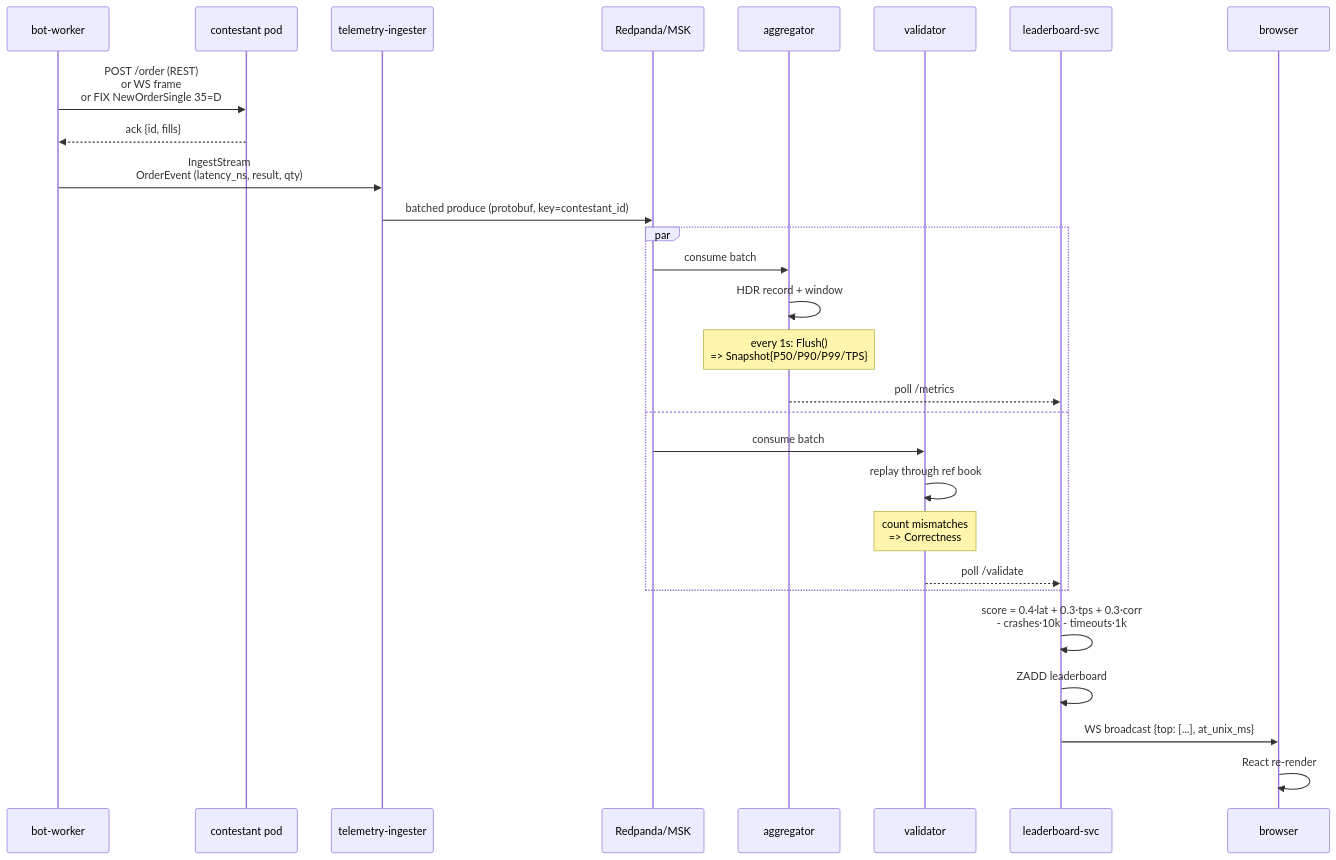
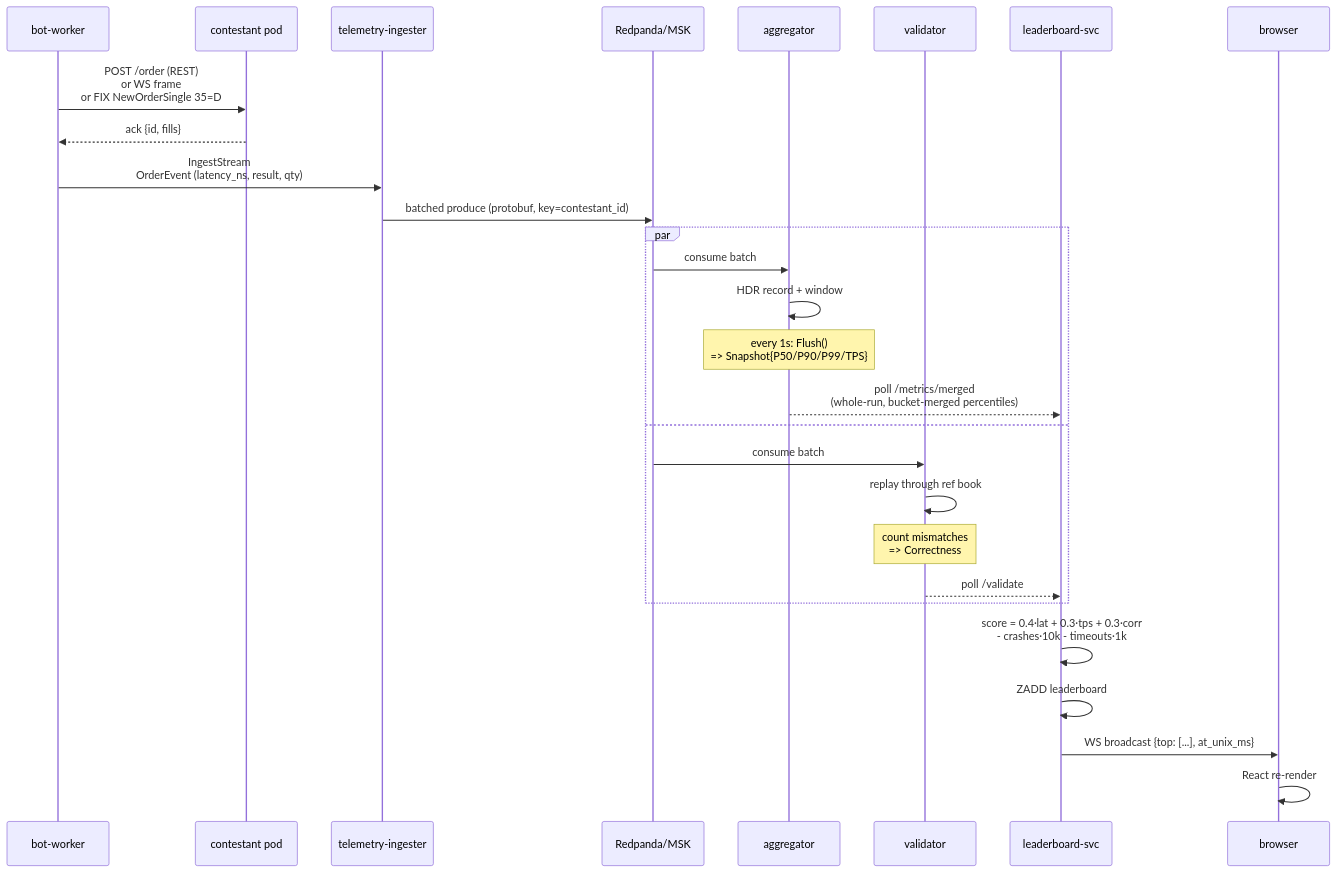
The second of 3 diagrams in docs/ARCHITECTURE.md (Ajayendra2705/iicpc-platform), drawn with Mermaid before and after one commit. The commit also changed other lines of this file and 13 other files, not shown here.

First line of the commit message:
fix(scoring): rank on whole-run merged percentiles + close test gaps

````diff
--- a/docs/ARCHITECTURE.md
+++ b/docs/ARCHITECTURE.md
@@ -116,33 +116,33 @@
 ```mermaid
 sequenceDiagram
     participant W as bot-worker
     participant C as contestant pod
     participant I as telemetry-ingester
     participant K as Redpanda/MSK
     participant A as aggregator
     participant V as validator
     participant L as leaderboard-svc
     participant B as browser
 
     W->>C: POST /order (REST) <br/>or WS frame <br/>or FIX NewOrderSingle 35=D
     C-->>W: ack {id, fills}
     W->>I: IngestStream <br/>OrderEvent (latency_ns, result, qty)
     I->>K: batched produce (protobuf, key=contestant_id)
 
     par
         K->>A: consume batch
         A->>A: HDR record + window
         Note over A: every 1s: Flush()<br/>=> Snapshot{P50/P90/P99/TPS}
-        A-->>L: poll /metrics
+        A-->>L: poll /metrics/merged<br/>(whole-run, bucket-merged percentiles)
     and
         K->>V: consume batch
         V->>V: replay through ref book
         Note over V: count mismatches<br/>=> Correctness
         V-->>L: poll /validate
     end
 
     L->>L: score = 0.4·lat + 0.3·tps + 0.3·corr<br/>- crashes·10k - timeouts·1k
     L->>L: ZADD leaderboard
     L->>B: WS broadcast {top: [...], at_unix_ms}
     B->>B: React re-render
 ```
````
